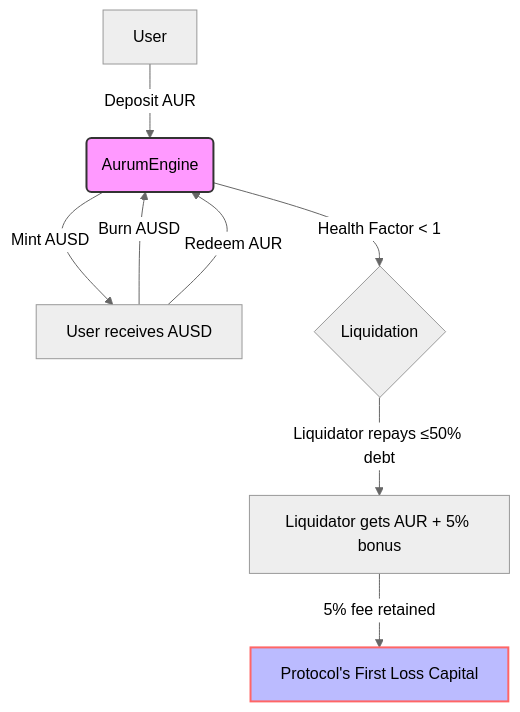
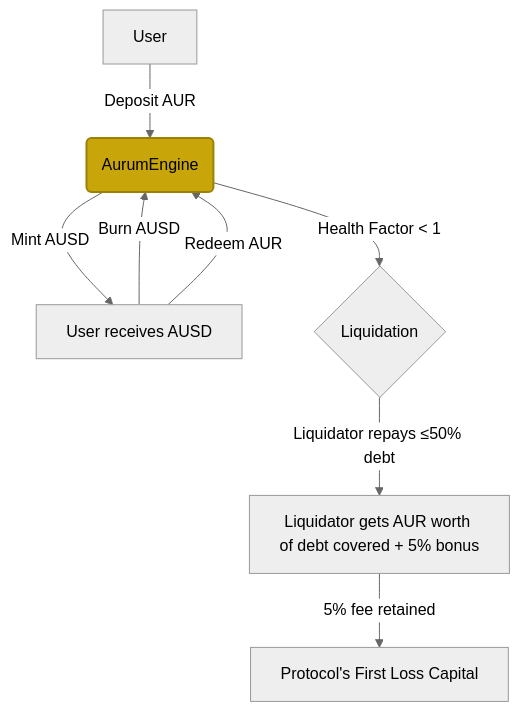
Before and after one commit to vridhib/aurum-protocol: the diagram in README.md, drawn with Mermaid (neutral theme). The commit also changed other lines of this file and 5 other files, not shown here.

````diff
--- a/README.md
+++ b/README.md
@@ -118,12 +181,11 @@
 ```mermaid
 graph TD
     A[User] -->|Deposit AUR| B(AurumEngine)
     B -->|Mint AUSD| C[User receives AUSD]
     C -->|Burn AUSD| B
     C -->|Redeem AUR| B
     B -->|Health Factor < 1| D{Liquidation}
-    D -->|Liquidator repays ≤50% debt| E[Liquidator gets AUR + 5% bonus]
+    D -->|Liquidator repays ≤50% debt| E[Liquidator gets AUR worth of debt covered + 5% bonus]
     E -->|5% fee retained| F[Protocol's First Loss Capital]
-    style B fill:#f9f,stroke:#333,stroke-width:2px
-    style F fill:#bbf,stroke:#f66,stroke-width:2px
+    style B fill:#C8A509,stroke:#9C8107,stroke-width:2px
 ```
````
